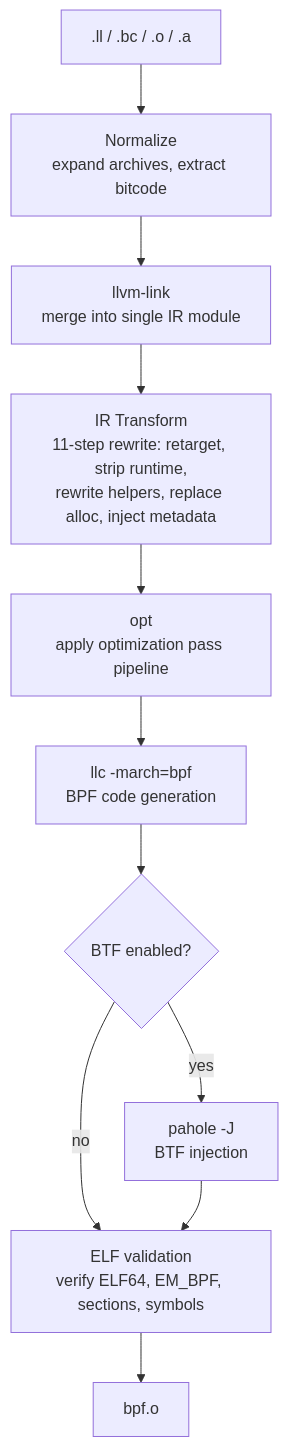
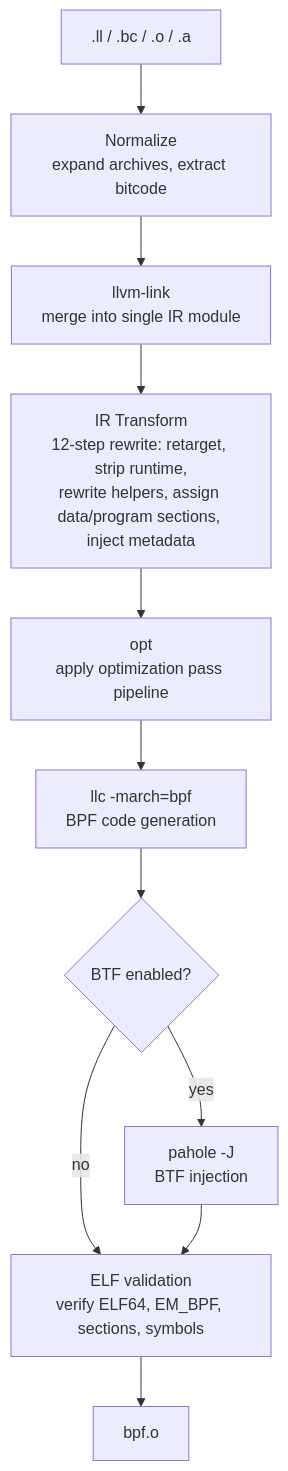
One commit to kyleseneker/tinybpf changed the first of 2 diagrams in docs/ARCHITECTURE.md. Above: the diagram before and after it, drawn with Mermaid. The commit also changed other lines of this file and 5 other files, not shown here.

````diff
--- a/docs/ARCHITECTURE.md
+++ b/docs/ARCHITECTURE.md
@@ -7,13 +7,13 @@
 ```mermaid
 graph TD
     A[".ll / .bc / .o / .a"] --> B["Normalize<br>expand archives, extract bitcode"]
     B --> C["llvm-link<br>merge into single IR module"]
-    C --> D["IR Transform<br>11-step rewrite: retarget, strip runtime,<br>rewrite helpers, replace alloc, inject metadata"]
+    C --> D["IR Transform<br>12-step rewrite: retarget, strip runtime,<br>rewrite helpers, assign data/program sections, inject metadata"]
     D --> E["opt<br>apply optimization pass pipeline"]
     E --> F["llc -march=bpf<br>BPF code generation"]
     F --> G{"BTF enabled?"}
     G -- yes --> H["pahole -J<br>BTF injection"]
     G -- no --> I["ELF validation<br>verify ELF64, EM_BPF, sections, symbols"]
     H --> I
     I --> J["bpf.o"]
 ```
````
